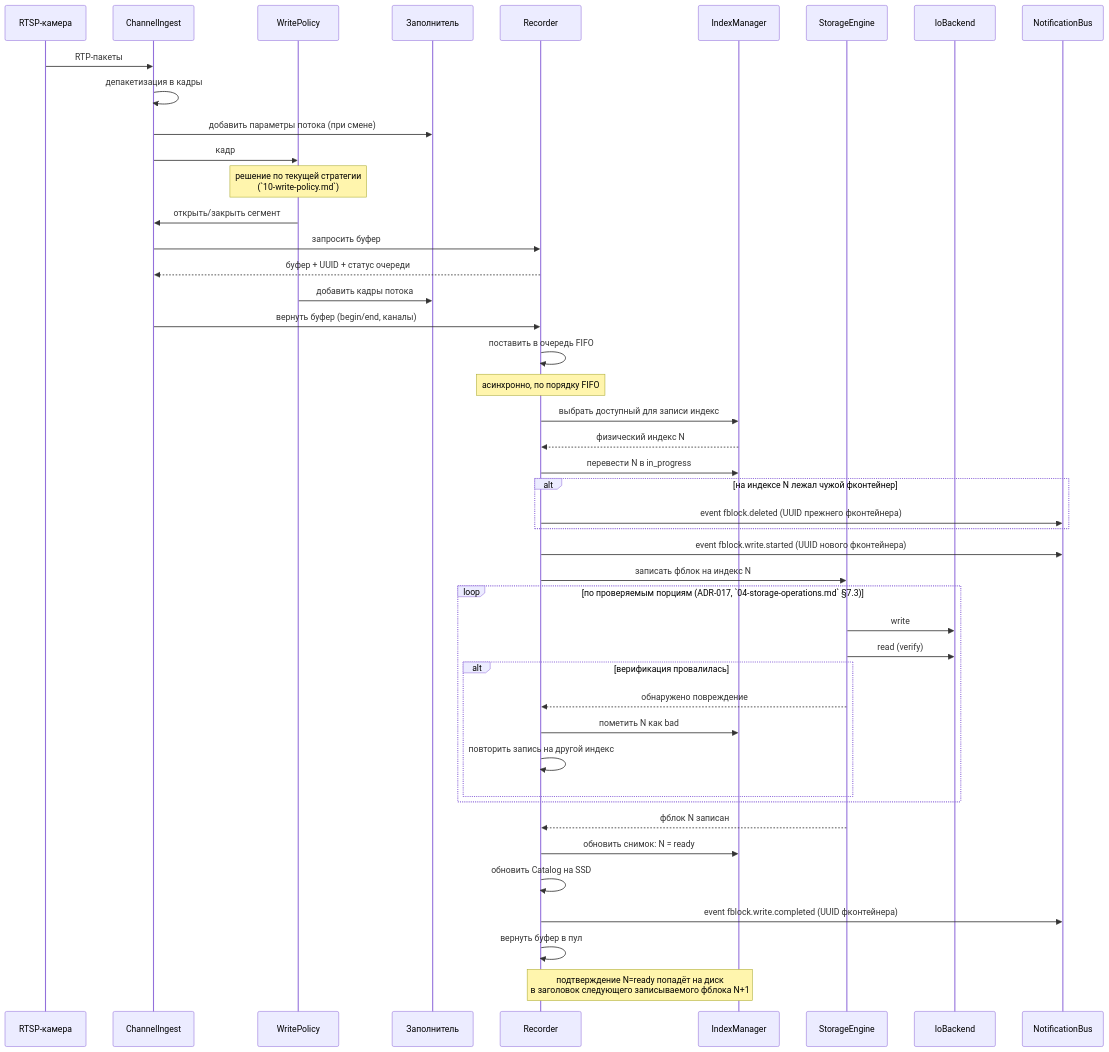
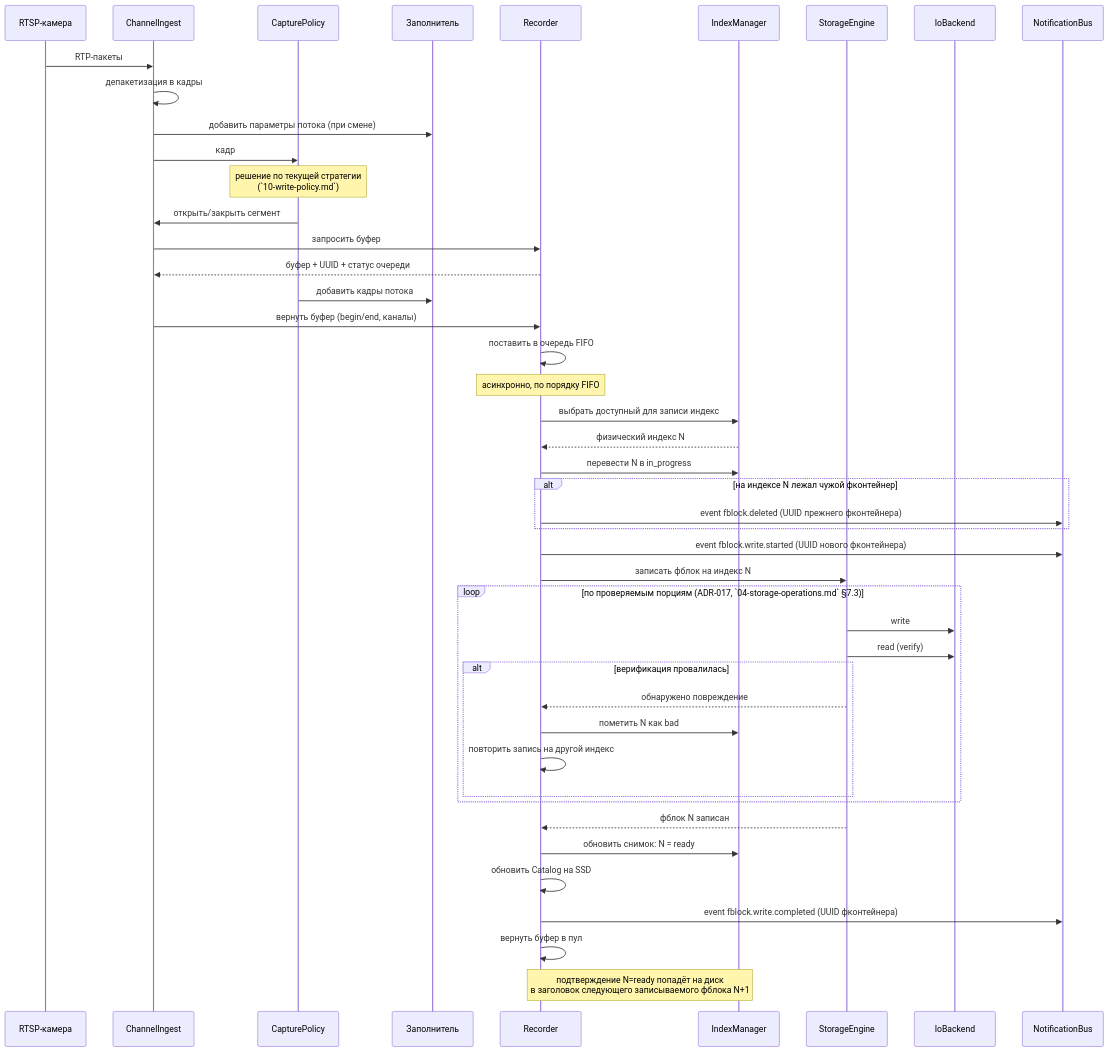
Before and after one commit to traycers/farc: the third of 7 diagrams in docs/docs/archive/11-service-composition.md, drawn with Mermaid. The commit also changed other lines of this file and 2 other files, not shown here.

Commit message:
update terms

````diff
--- a/docs/docs/archive/11-service-composition.md
+++ b/docs/docs/archive/11-service-composition.md
@@ -284,52 +284,52 @@
 ```mermaid
 sequenceDiagram
     participant Cam as RTSP-камера
     participant CI as ChannelIngest
-    participant WP as WritePolicy
+    participant CP as CapturePolicy
     participant Fill as Заполнитель
     participant R as Recorder
     participant IM as IndexManager
     participant SE as StorageEngine
     participant IO as IoBackend
     participant NB as NotificationBus
 
     Cam->>CI: RTP-пакеты
     CI->>CI: депакетизация в кадры
     CI->>Fill: добавить параметры потока (при смене)
-    CI->>WP: кадр
-    Note over WP: решение по текущей стратегии<br/>(`10-write-policy.md`)
-    WP->>CI: открыть/закрыть сегмент
+    CI->>CP: кадр
+    Note over CP: решение по текущей стратегии<br/>(`10-write-policy.md`)
+    CP->>CI: открыть/закрыть сегмент
     CI->>R: запросить буфер
     R-->>CI: буфер + UUID + статус очереди
-    WP->>Fill: добавить кадры потока
+    CP->>Fill: добавить кадры потока
     CI->>R: вернуть буфер (begin/end, каналы)
     R->>R: поставить в очередь FIFO
 
     Note over R: асинхронно, по порядку FIFO
     R->>IM: выбрать доступный для записи индекс
     IM-->>R: физический индекс N
     R->>IM: перевести N в in_progress
     alt на индексе N лежал чужой фконтейнер
         R->>NB: event fblock.deleted (UUID прежнего фконтейнера)
     end
     R->>NB: event fblock.write.started (UUID нового фконтейнера)
     R->>SE: записать фблок на индекс N
 
     loop по проверяемым порциям (ADR-017, `04-storage-operations.md` §7.3)
         SE->>IO: write
         SE->>IO: read (verify)
         alt верификация провалилась
             SE-->>R: обнаружено повреждение
             R->>IM: пометить N как bad
             R->>R: повторить запись на другой индекс
         end
     end
 
     SE-->>R: фблок N записан
     R->>IM: обновить снимок: N = ready
     R->>R: обновить Catalog на SSD
     R->>NB: event fblock.write.completed (UUID фконтейнера)
     R->>R: вернуть буфер в пул
 
     Note over R,IM: подтверждение N=ready попадёт на диск<br/>в заголовок следующего записываемого фблока N+1
 ```
````
